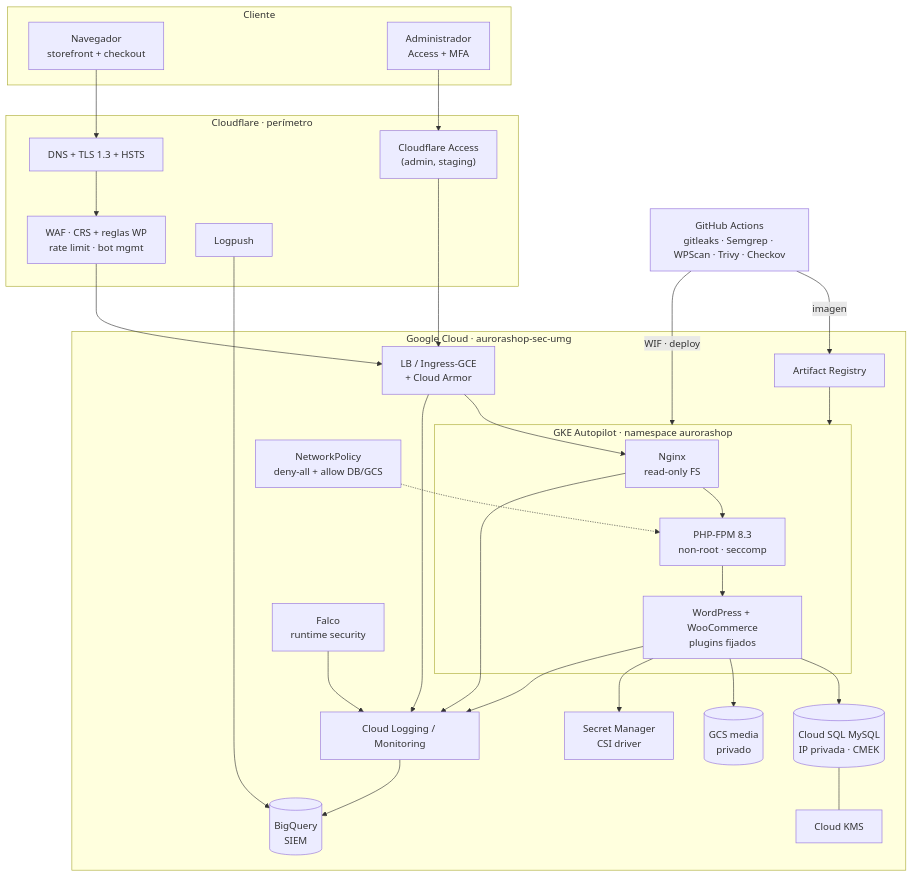
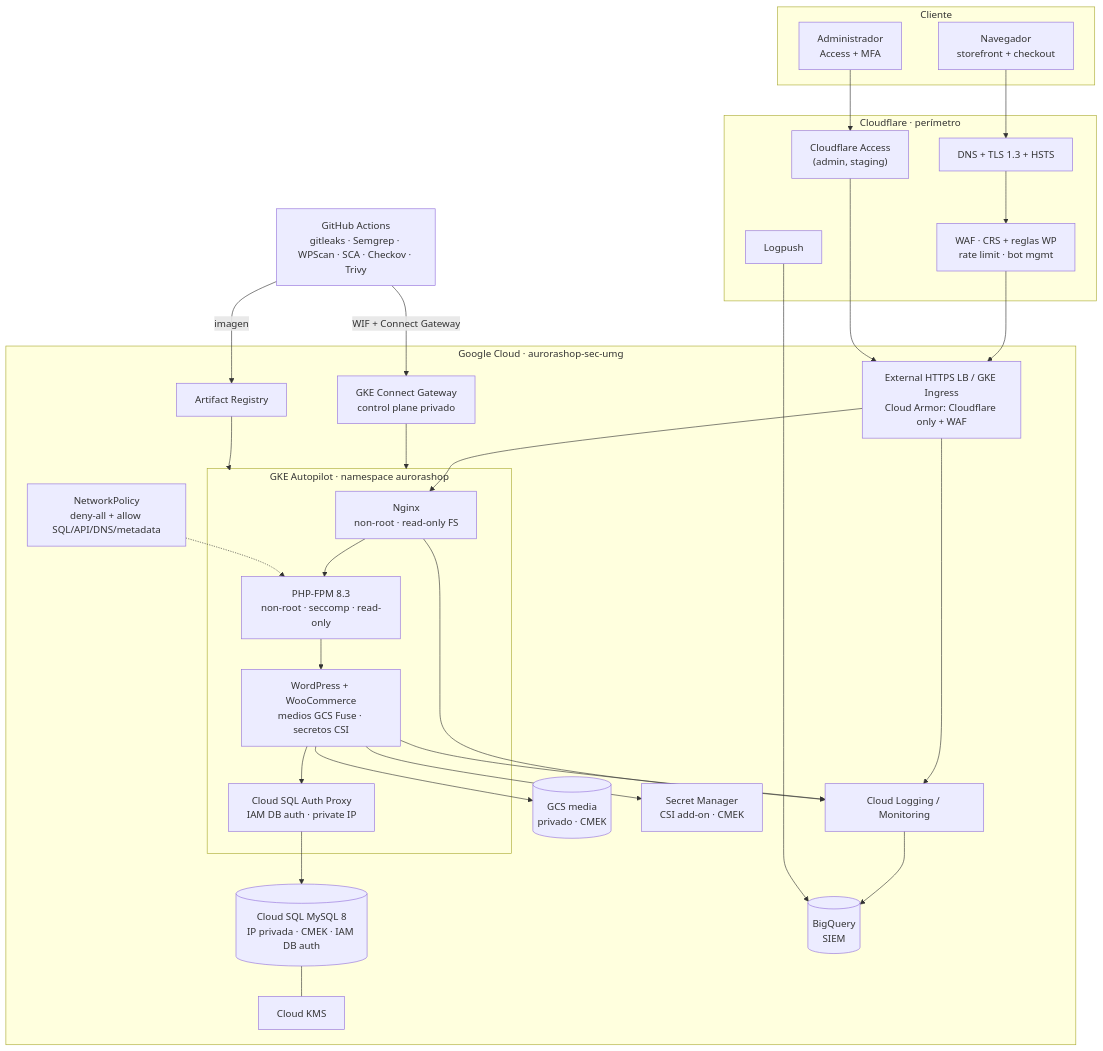
Before and after one commit to Joliva07/ProyectoFinal_SeguridadEnAplicaciones: the diagram in docs/02-arquitectura/arquitectura-seguridad.md, drawn with Mermaid. The commit also changed other lines of this file and 62 other files, not shown here.

````diff
--- a/docs/02-arquitectura/arquitectura-seguridad.md
+++ b/docs/02-arquitectura/arquitectura-seguridad.md
@@ -15,52 +19,52 @@
 ```mermaid
 flowchart TB
     subgraph USER["Cliente"]
         BR["Navegador<br/>storefront + checkout"]
         ADM["Administrador<br/>Access + MFA"]
     end
 
     subgraph CF["Cloudflare · perímetro"]
         DNS["DNS + TLS 1.3 + HSTS"]
         WAF["WAF · CRS + reglas WP<br/>rate limit · bot mgmt"]
         ACC["Cloudflare Access<br/>(admin, staging)"]
         LP["Logpush"]
     end
 
     subgraph GCP["Google Cloud · aurorashop-sec-umg"]
-        LB["LB / Ingress-GCE<br/>+ Cloud Armor"]
-        NP["NetworkPolicy<br/>deny-all + allow DB/GCS"]
+        LB["External HTTPS LB / GKE Ingress<br/>Cloud Armor: Cloudflare only + WAF"]
+        NP["NetworkPolicy<br/>deny-all + allow SQL/API/DNS/metadata"]
         subgraph GKE["GKE Autopilot · namespace aurorashop"]
-            NGX["Nginx<br/>read-only FS"]
-            PHP["PHP-FPM 8.3<br/>non-root · seccomp"]
-            WP["WordPress + WooCommerce<br/>plugins fijados"]
+            NGX["Nginx<br/>non-root · read-only FS"]
+            PHP["PHP-FPM 8.3<br/>non-root · seccomp · read-only"]
+            SQLP["Cloud SQL Auth Proxy<br/>IAM DB auth · private IP"]
+            WP["WordPress + WooCommerce<br/>medios GCS Fuse · secretos CSI"]
         end
-        SQL[("Cloud SQL MySQL<br/>IP privada · CMEK")]
-        GCS[("GCS media<br/>privado")]
-        SM["Secret Manager<br/>CSI driver"]
+        SQL[("Cloud SQL MySQL 8<br/>IP privada · CMEK · IAM DB auth")]
+        GCS[("GCS media<br/>privado · CMEK")]
+        SM["Secret Manager<br/>CSI add-on · CMEK"]
         KMS["Cloud KMS"]
         LOG["Cloud Logging / Monitoring"]
         BQ[("BigQuery<br/>SIEM")]
         AR["Artifact Registry"]
-        FALCO["Falco<br/>runtime security"]
+        GW["GKE Connect Gateway<br/>control plane privado"]
     end
 
-    CI["GitHub Actions<br/>gitleaks · Semgrep · WPScan · Trivy · Checkov"]
+    CI["GitHub Actions<br/>gitleaks · Semgrep · WPScan · SCA · Checkov · Trivy"]
 
     BR --> DNS --> WAF --> LB
     ADM --> ACC --> LB
     LB --> NGX --> PHP --> WP
-    WP --> SQL
+    WP --> SQLP --> SQL
     WP --> GCS
     WP --> SM
     SQL --- KMS
     WP --> LOG
     NGX --> LOG
-    FALCO --> LOG
     LB --> LOG
     LOG --> BQ
     LP --> BQ
-    CI -->|"WIF · deploy"| GKE
+    CI -->|"WIF + Connect Gateway"| GW --> GKE
     CI -->|"imagen"| AR
     AR --> GKE
     NP -.-> PHP
 ```
````
